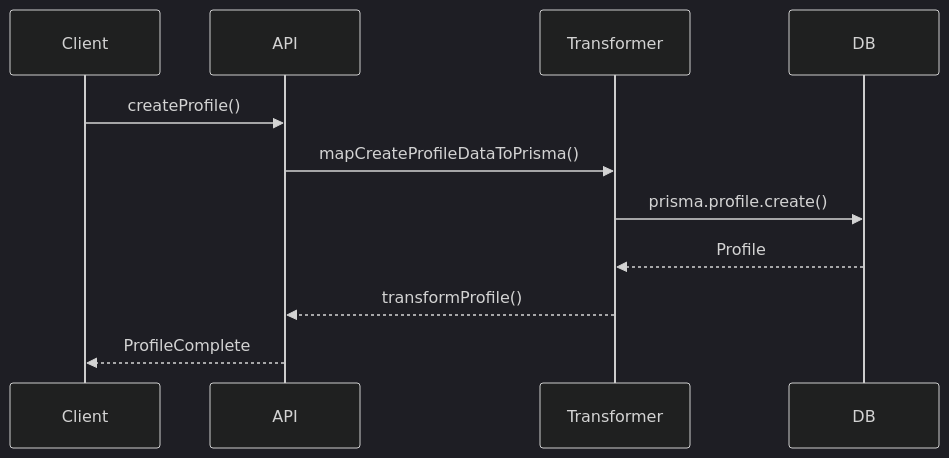
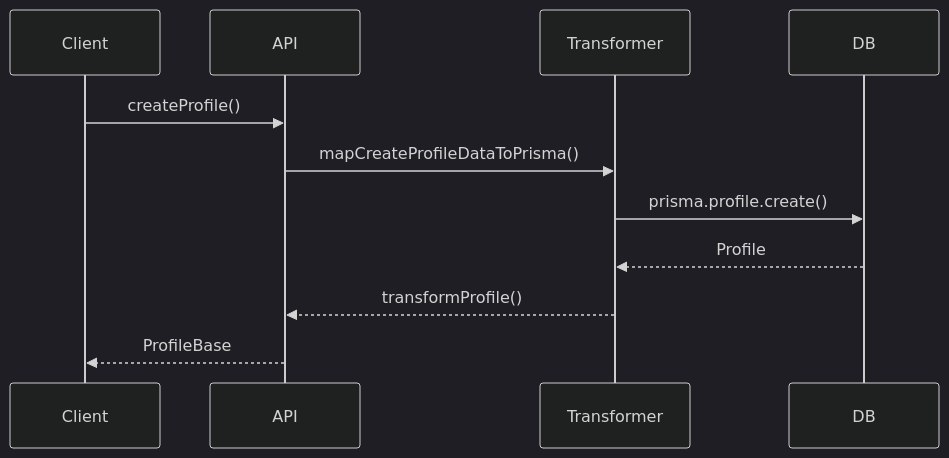
One commit to gvastethecreator/media-manager changed the second of 2 diagrams in src/types/entities/profile/documentation.md. Above: the diagram before and after it, drawn with Mermaid (dark theme). The commit also changed other lines of this file and 207 other files, not shown here.

````diff
--- a/src/types/entities/profile/documentation.md
+++ b/src/types/entities/profile/documentation.md
@@ -45,13 +57,13 @@
 ```mermaid
 sequenceDiagram
     participant Client
     participant API
     participant Transformer
     participant DB
     Client->>API: createProfile()
     API->>Transformer: mapCreateProfileDataToPrisma()
     Transformer->>DB: prisma.profile.create()
     DB-->>Transformer: Profile
     Transformer-->>API: transformProfile()
-    API-->>Client: ProfileComplete
+    API-->>Client: ProfileBase
 ```
````
